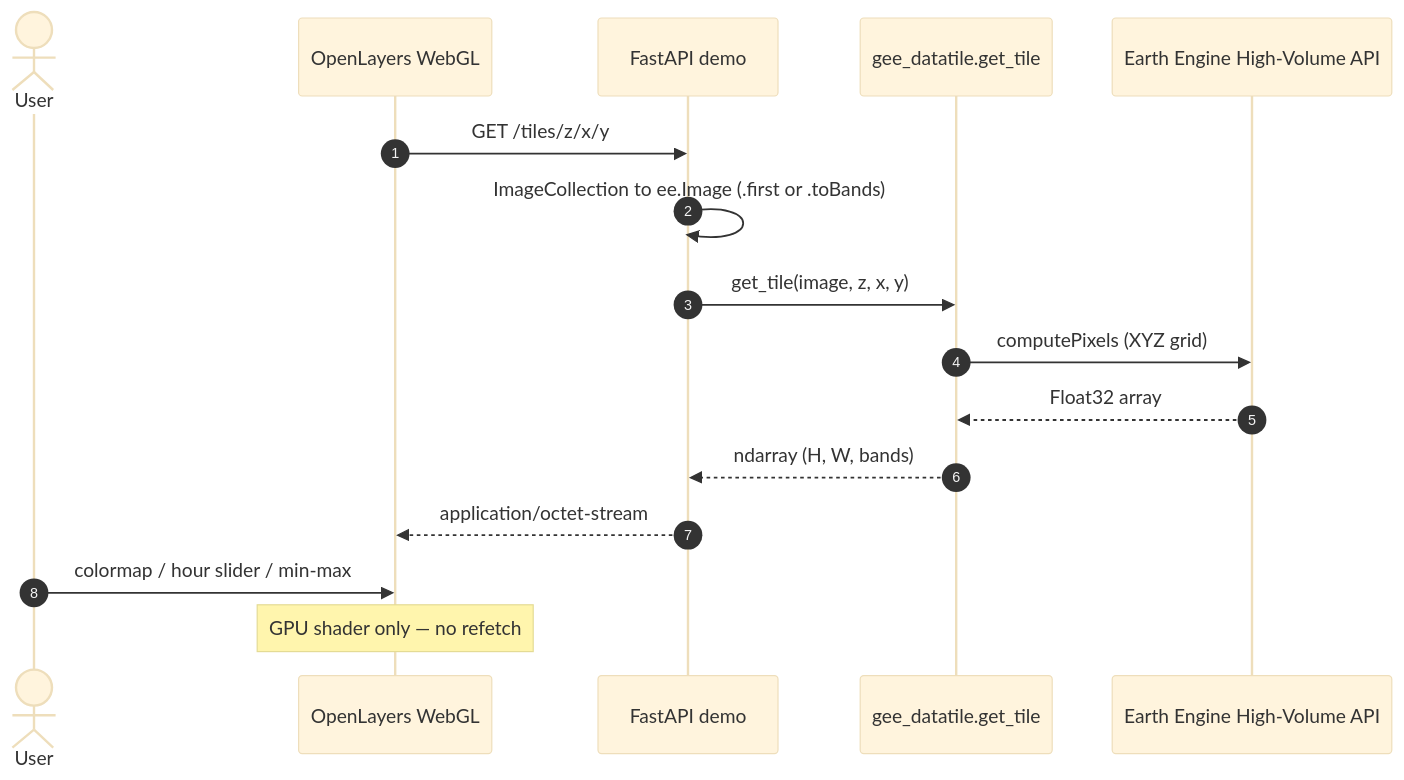
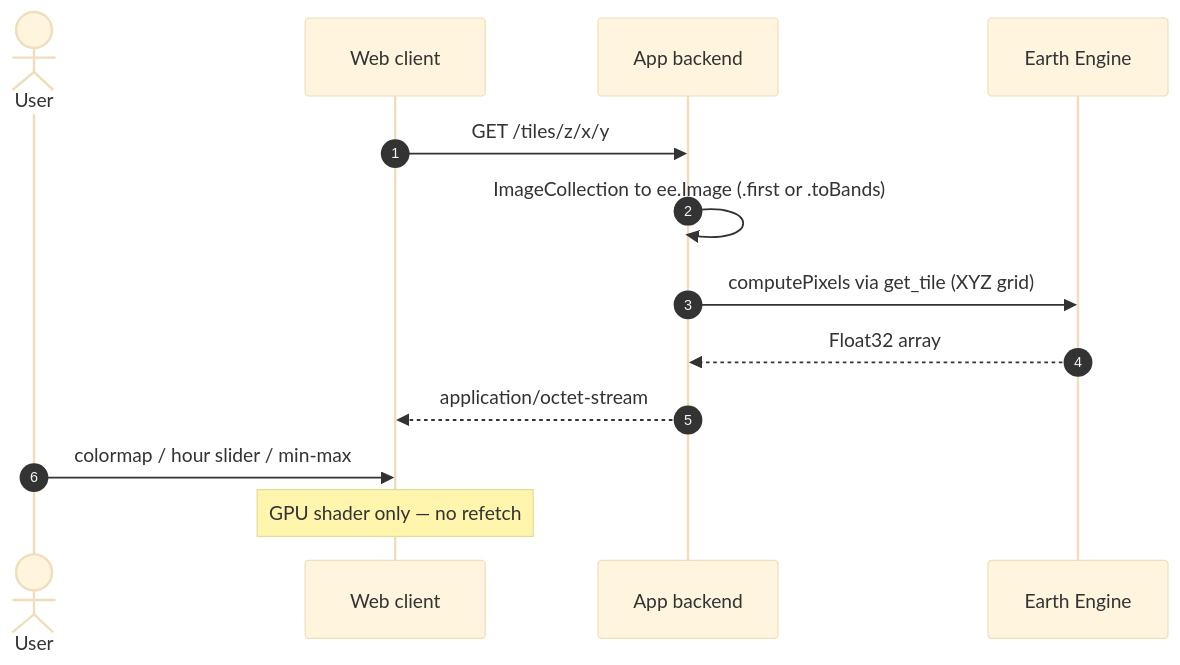
Before and after one commit to johnWilshire/gee_datatile: the second of 2 diagrams in README.md, drawn with Mermaid (base theme). The commit also changed other lines of this file, not shown here.

````diff
--- a/README.md
+++ b/README.md
@@ -141,19 +141,16 @@
 ```mermaid
 sequenceDiagram
     autonumber
     actor User
-    participant Client as OpenLayers WebGL
-    participant Demo as FastAPI demo
-    participant Pkg as gee_datatile.get_tile
-    participant GEE as Earth Engine High-Volume API
+    participant WebClient as Web client
+    participant AppBackend as App backend
+    participant EarthEngine as Earth Engine
 
-    Client->>Demo: GET /tiles/z/x/y
-    Demo->>Demo: ImageCollection to ee.Image (.first or .toBands)
-    Demo->>Pkg: get_tile(image, z, x, y)
-    Pkg->>GEE: computePixels (XYZ grid)
-    GEE-->>Pkg: Float32 array
-    Pkg-->>Demo: ndarray (H, W, bands)
-    Demo-->>Client: application/octet-stream
-    User->>Client: colormap / hour slider / min-max
-    Note over Client: GPU shader only — no refetch
+    WebClient->>AppBackend: GET /tiles/z/x/y
+    AppBackend->>AppBackend: ImageCollection to ee.Image (.first or .toBands)
+    AppBackend->>EarthEngine: computePixels via get_tile (XYZ grid)
+    EarthEngine-->>AppBackend: Float32 array
+    AppBackend-->>WebClient: application/octet-stream
+    User->>WebClient: colormap / hour slider / min-max
+    Note over WebClient: GPU shader only — no refetch
 ```
````
